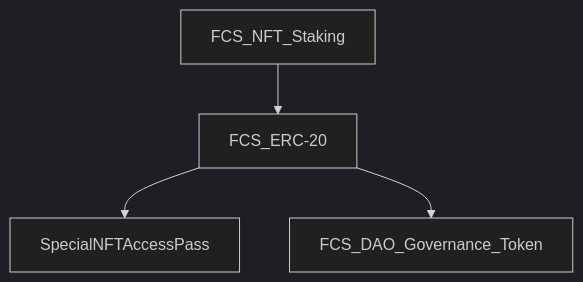
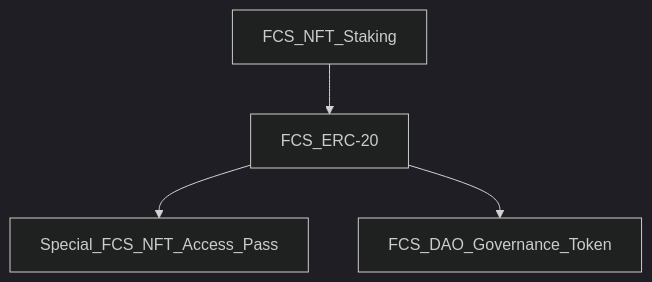
The second of 2 diagrams in White Papers/FCS NFT/README.md (WrappedUsername/Web-Dev-Notes), drawn with Mermaid (dark theme) before and after one commit. The commit also changed other lines of this file, not shown here.

````diff
--- a/White Papers/FCS NFT/README.md
+++ b/White Papers/FCS NFT/README.md
@@ -23,7 +23,7 @@
 ```mermaid
 graph TD;
 FCS_NFT_Staking-->FCS_ERC-20
-FCS_ERC-20-->SpecialNFTAccessPass
+FCS_ERC-20-->Special_FCS_NFT_Access_Pass
 FCS_ERC-20-->FCS_DAO_Governance_Token
 
 ```
````
